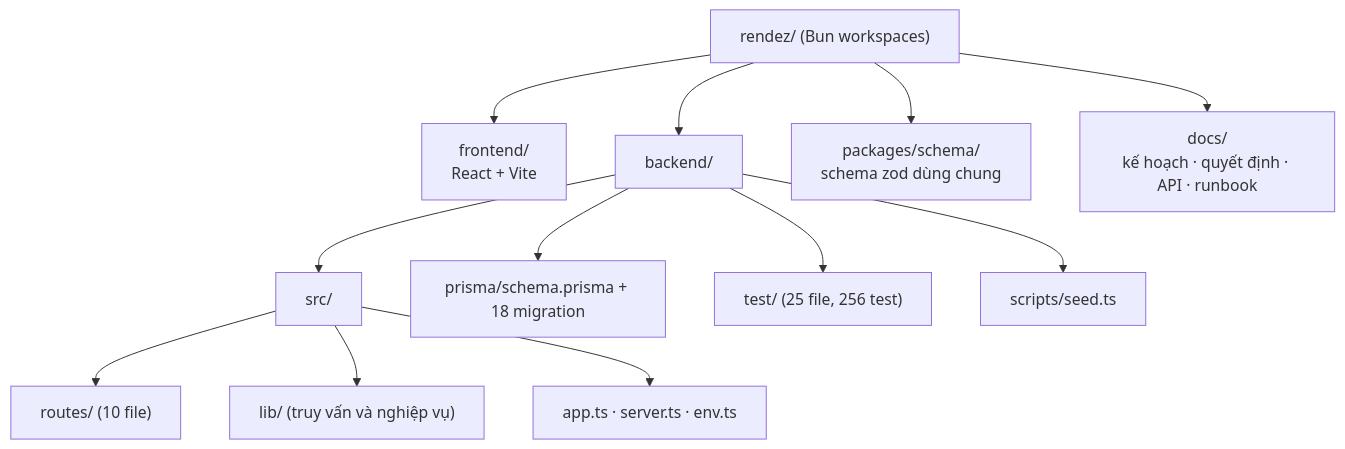
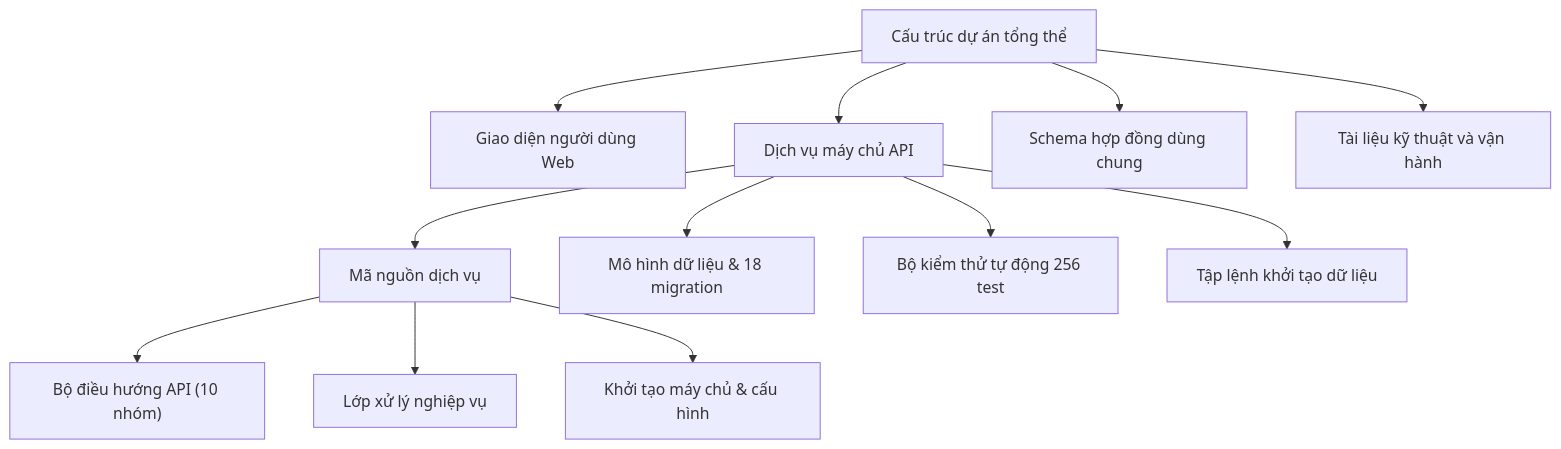
One commit to longqt321/Rendez-PBL6 changed the sixth of 14 diagrams in docs/bao-cao/BAO-CAO-DO-AN.md. Above: the diagram before and after it, drawn with Mermaid. The commit also changed other lines of this file, not shown here.

Commit message:
docs: finalize academic report, remove code/function citations and web trivia

````diff
--- a/docs/bao-cao/BAO-CAO-DO-AN.md
+++ b/docs/bao-cao/BAO-CAO-DO-AN.md
@@ -506,15 +483,15 @@
 ```mermaid
 flowchart TB
-  Root["rendez/ (Bun workspaces)"]
-  Root --> FE["frontend/<br/>React + Vite"]
-  Root --> BE["backend/"]
-  Root --> PKG["packages/schema/<br/>schema zod dùng chung"]
-  Root --> DOC["docs/<br/>kế hoạch · quyết định · API · runbook"]
-  BE --> SRC["src/"]
-  SRC --> R["routes/ (10 file)"]
-  SRC --> L["lib/ (truy vấn và nghiệp vụ)"]
-  SRC --> I["app.ts · server.ts · env.ts"]
-  BE --> PR["prisma/schema.prisma + 18 migration"]
-  BE --> T["test/ (25 file, 256 test)"]
-  BE --> SC["scripts/seed.ts"]
+  Root["Cấu trúc dự án tổng thể"]
+  Root --> FE["Giao diện người dùng Web"]
+  Root --> BE["Dịch vụ máy chủ API"]
+  Root --> PKG["Schema hợp đồng dùng chung"]
+  Root --> DOC["Tài liệu kỹ thuật và vận hành"]
+  BE --> SRC["Mã nguồn dịch vụ"]
+  SRC --> R["Bộ điều hướng API (10 nhóm)"]
+  SRC --> L["Lớp xử lý nghiệp vụ"]
+  SRC --> I["Khởi tạo máy chủ & cấu hình"]
+  BE --> PR["Mô hình dữ liệu & 18 migration"]
+  BE --> T["Bộ kiểm thử tự động 256 test"]
+  BE --> SC["Tập lệnh khởi tạo dữ liệu"]
 ```
````
